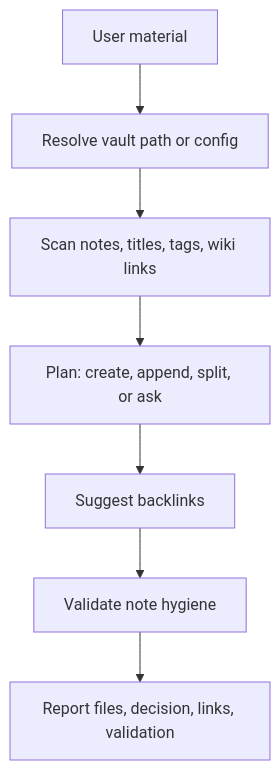
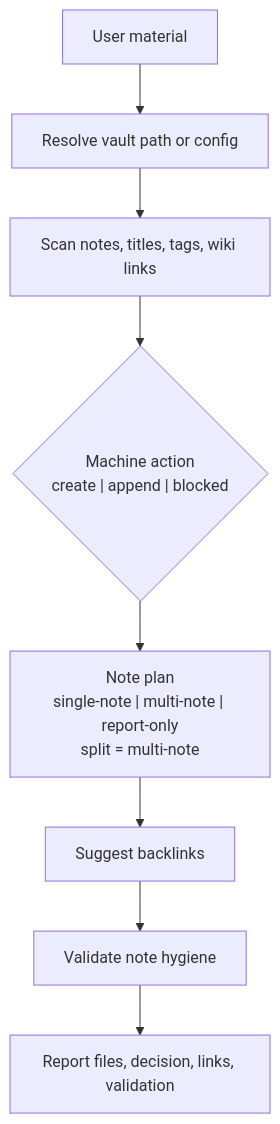
The second of 2 diagrams in README.md (Totoro-qaq/Cobsidian), drawn with Mermaid before and after one commit. The commit also changed other lines of this file and 43 other files, not shown here.

````diff
--- a/README.md
+++ b/README.md
@@ -98,9 +144,10 @@
 ```mermaid
 flowchart TD
     U["User material"] --> R["Resolve vault path or config"]
     R --> S["Scan notes, titles, tags, wiki links"]
-    S --> P["Plan: create, append, split, or ask"]
+    S --> A{"Machine action<br/>create | append | blocked"}
+    A --> P["Note plan<br/>single-note | multi-note | report-only<br/>split = multi-note"]
     P --> L["Suggest backlinks"]
     L --> V["Validate note hygiene"]
     V --> O["Report files, decision, links, validation"]
 ```
````
